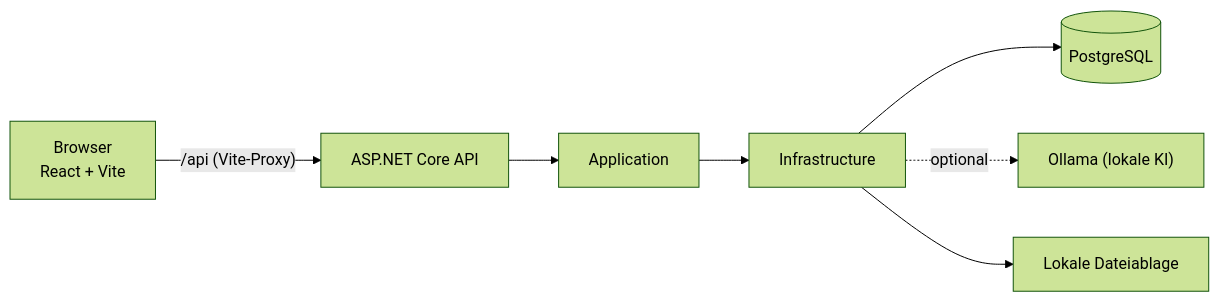
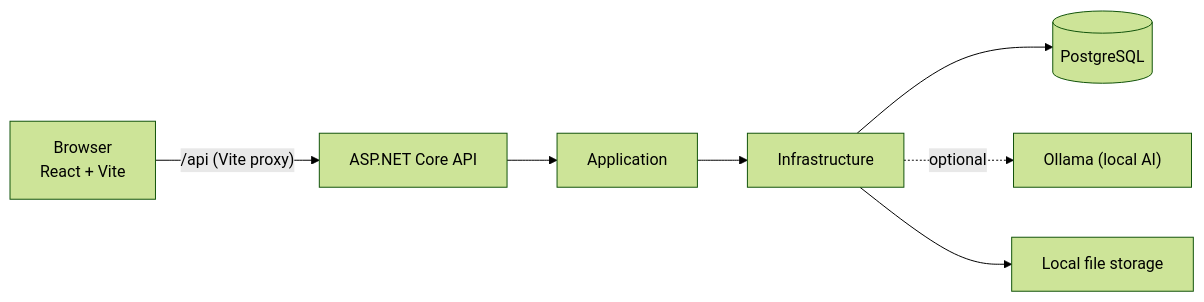
The diagram in README.md (VictoryPro17/ITjobPolot-AI), drawn with Mermaid (forest theme) before and after one commit. The commit also changed other lines of this file and 1 other file, not shown here.

````diff
--- a/README.md
+++ b/README.md
@@ -156,9 +101,9 @@
 ```mermaid
 flowchart LR
-    Browser["Browser<br/>React + Vite"] -->|"/api (Vite-Proxy)"| Api["ASP.NET Core API"]
+    Browser["Browser<br/>React + Vite"] -->|"/api (Vite proxy)"| Api["ASP.NET Core API"]
     Api --> App["Application"]
     App --> Infra["Infrastructure"]
     Infra --> DB[("PostgreSQL")]
-    Infra -.->|optional| Ollama["Ollama (lokale KI)"]
-    Infra --> Files["Lokale Dateiablage"]
+    Infra -.->|optional| Ollama["Ollama (local AI)"]
+    Infra --> Files["Local file storage"]
 ```
````
